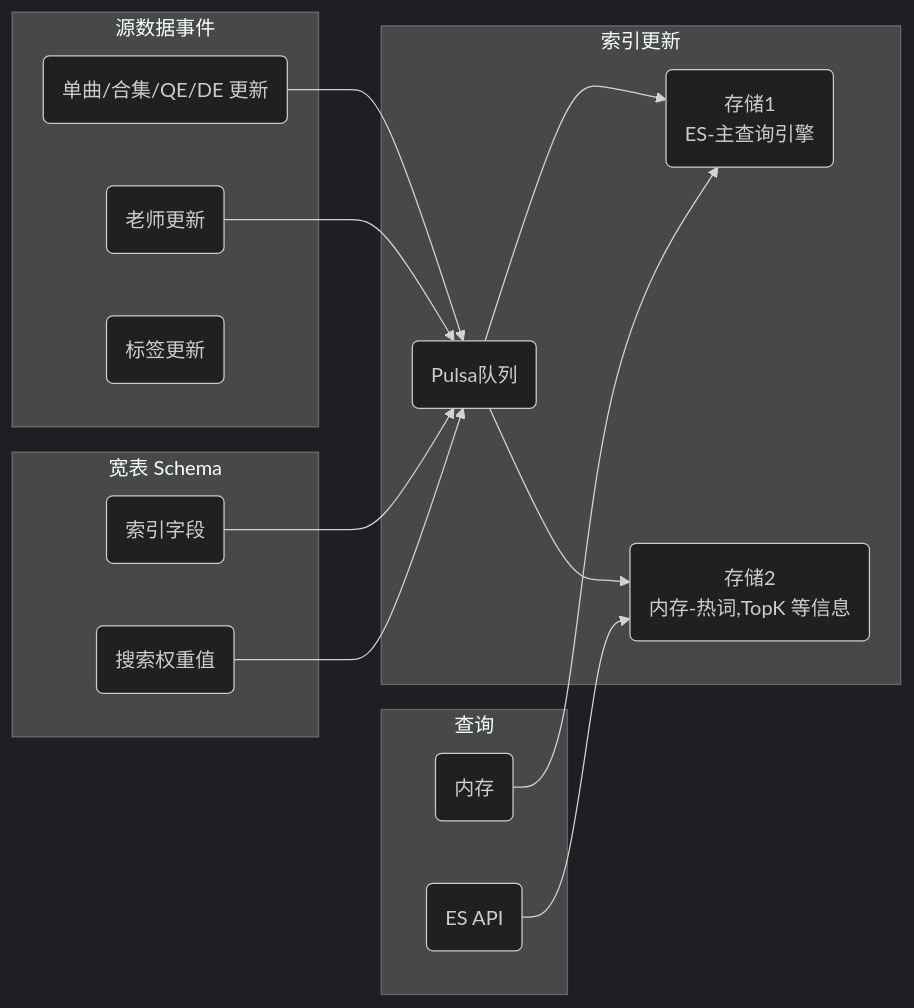
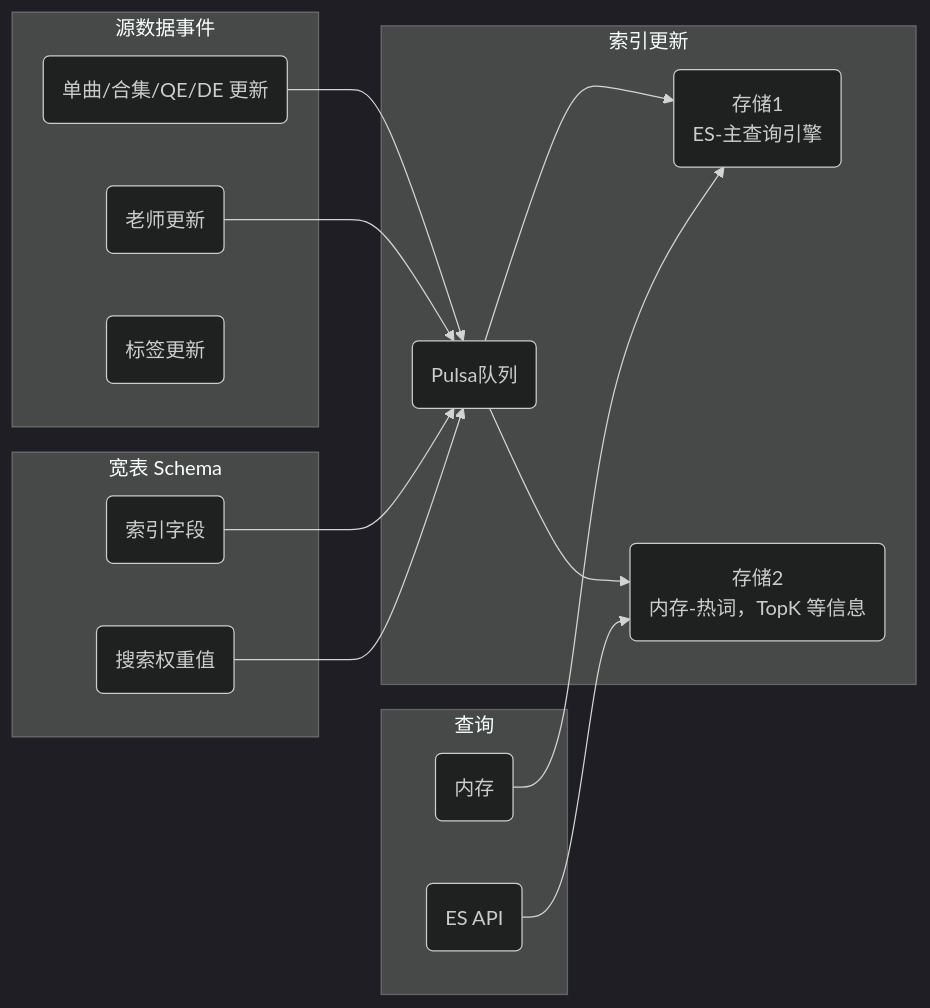
One commit to dengqinghua/dengqinghua.github.io changed the second of 5 diagrams in _posts/2021-09-01-all-for-search.md. Above: the diagram before and after it, drawn with Mermaid (dark theme). The commit also changed other lines of this file and 2 other files, not shown here.

```diff
--- a/_posts/2021-09-01-all-for-search.md
+++ b/_posts/2021-09-01-all-for-search.md
@@ -120,25 +120,25 @@
 <div class="mermaid" markdown="0">
 graph LR
     subgraph 查询
       cache(内存);
       es(ES API);
     end
     subgraph 索引更新
       EventHandler(Pulsa队列);
       storage1(存储1 <br > ES-主查询引擎);
-      storage2(存储2 <br > 内存-热词,TopK 等信息);
+      storage2(存储2 <br > 内存-热词，TopK 等信息);
     end
     subgraph 源数据事件
       event1(单曲/合集/QE/DE 更新);
       event2(老师更新);
       event3(标签更新);
     end
     subgraph 宽表 Schema
       field(索引字段);
       weight(搜索权重值);
     end
 
     event1 & event2 & field & weight-->EventHandler-->storage1 & storage2;
     cache-->storage1;
     es-->storage2;
 </div>
```
